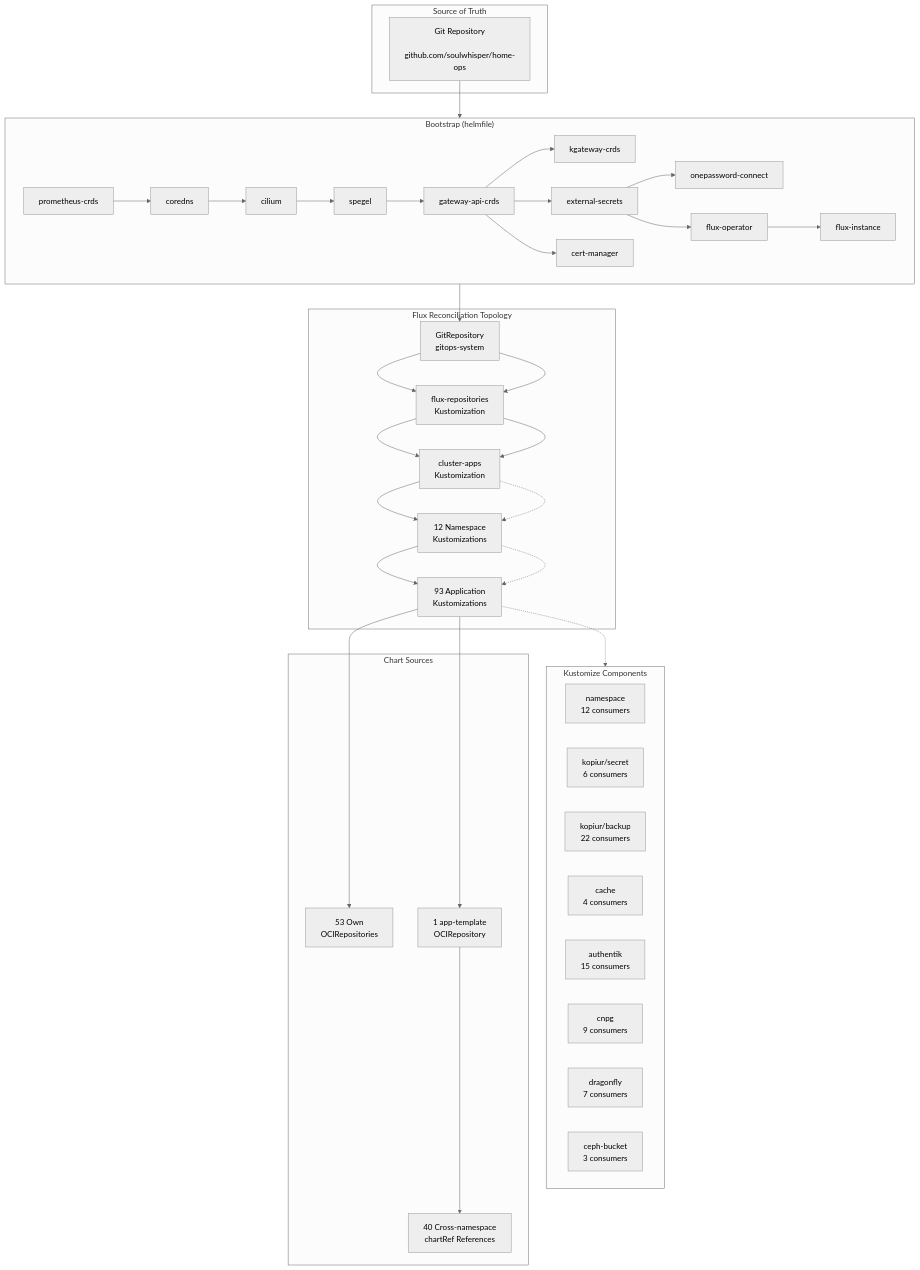
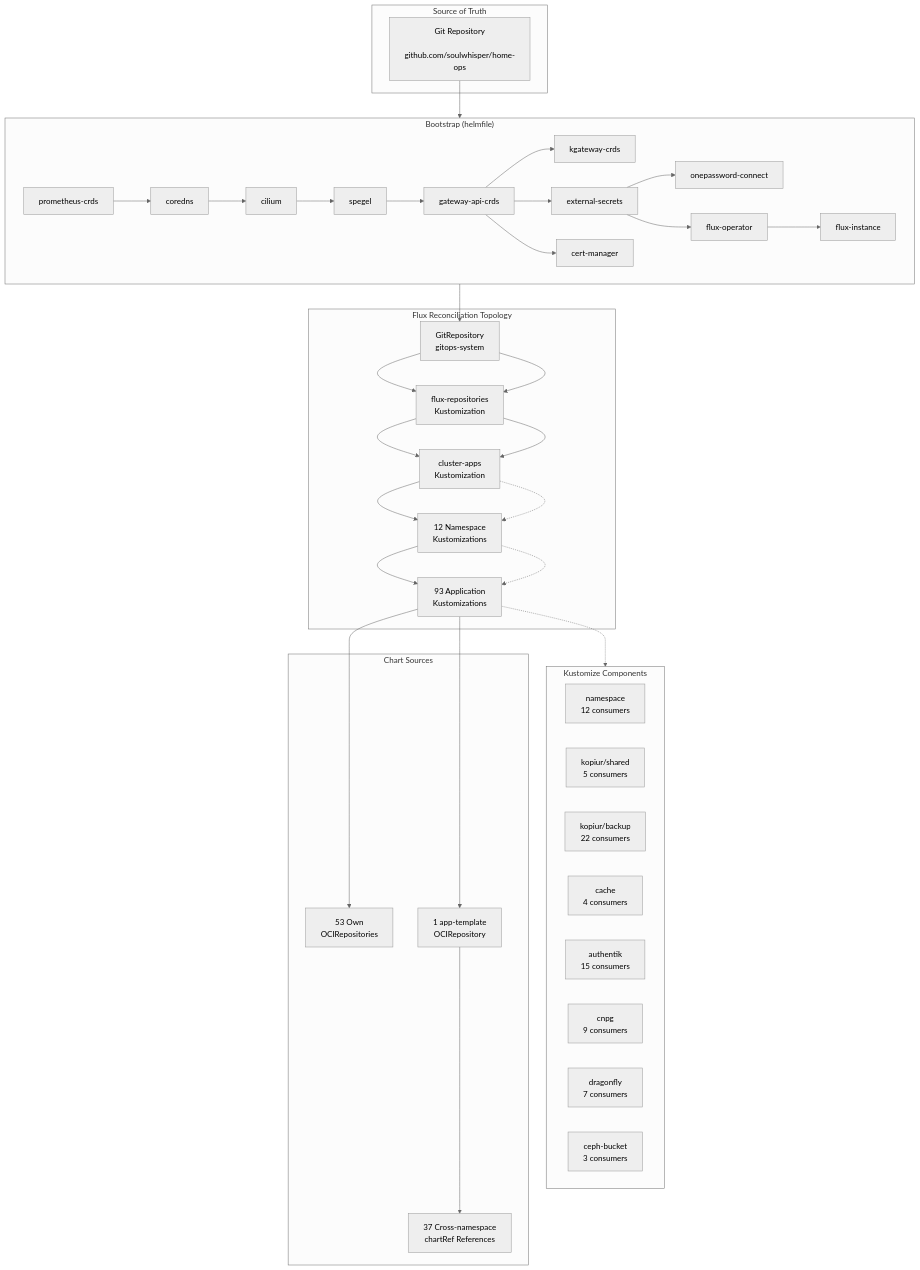
Before and after one commit to soulwhisper/home-ops: the diagram in docs/infrastructure/kubernetes.md, drawn with Mermaid (neutral theme). The commit also changed other lines of this file and 44 other files, not shown here.

````diff
--- a/docs/infrastructure/kubernetes.md
+++ b/docs/infrastructure/kubernetes.md
@@ -12,72 +12,72 @@
 ```mermaid
 flowchart TB
     subgraph Source["Source of Truth"]
         GIT["Git Repository
         github.com/soulwhisper/home-ops"]
     end
 
     subgraph Bootstrap["Bootstrap (helmfile)"]
         direction LR
         B1["prometheus-crds"] --> B2["coredns"]
         B2 --> B3["cilium"]
         B3 --> B4["spegel"]
         B4 --> B5["gateway-api-crds"]
         B5 --> B6["kgateway-crds"]
         B5 --> B7["external-secrets"]
         B5 --> B8["cert-manager"]
         B7 --> B9["onepassword-connect"]
         B7 --> B11["flux-operator"]
         B11 --> B12["flux-instance"]
     end
 
     subgraph FluxTopo["Flux Reconciliation Topology"]
         GR["GitRepository
         gitops-system"] --> FR["flux-repositories
         Kustomization"]
         FR --> CA["cluster-apps
         Kustomization"]
         CA --> NS["12 Namespace
         Kustomizations"]
         NS --> APPS["93 Application
         Kustomizations"]
     end
 
     subgraph Components["Kustomize Components"]
         NS_COMP["namespace
         12 consumers"]
-        KOPIUR_SECRET["kopiur/secret
-        6 consumers"]
+        KOPIUR_SECRET["kopiur/shared
+        5 consumers"]
         KOPIUR_BACKUP["kopiur/backup
         22 consumers"]
         CACHE["cache
         4 consumers"]
         AUTHENTIK["authentik
         15 consumers"]
         CNPG["cnpg
         9 consumers"]
         DRAGONFLY["dragonfly
         7 consumers"]
         CEPH["ceph-bucket
         3 consumers"]
     end
 
     subgraph Charts["Chart Sources"]
         OCI_OWN["53 Own
         OCIRepositories"]
         OCI_TPL["1 app-template
         OCIRepository"]
-        CROSS["40 Cross-namespace
+        CROSS["37 Cross-namespace
         chartRef References"]
     end
 
     GIT --> Bootstrap
     Bootstrap --> GR
     GR --> FR
     FR --> CA
     CA -.-> NS
     NS -.-> APPS
     APPS -.-> Components
     APPS --> OCI_OWN
     APPS --> OCI_TPL
     OCI_TPL --> CROSS
 ```
````
